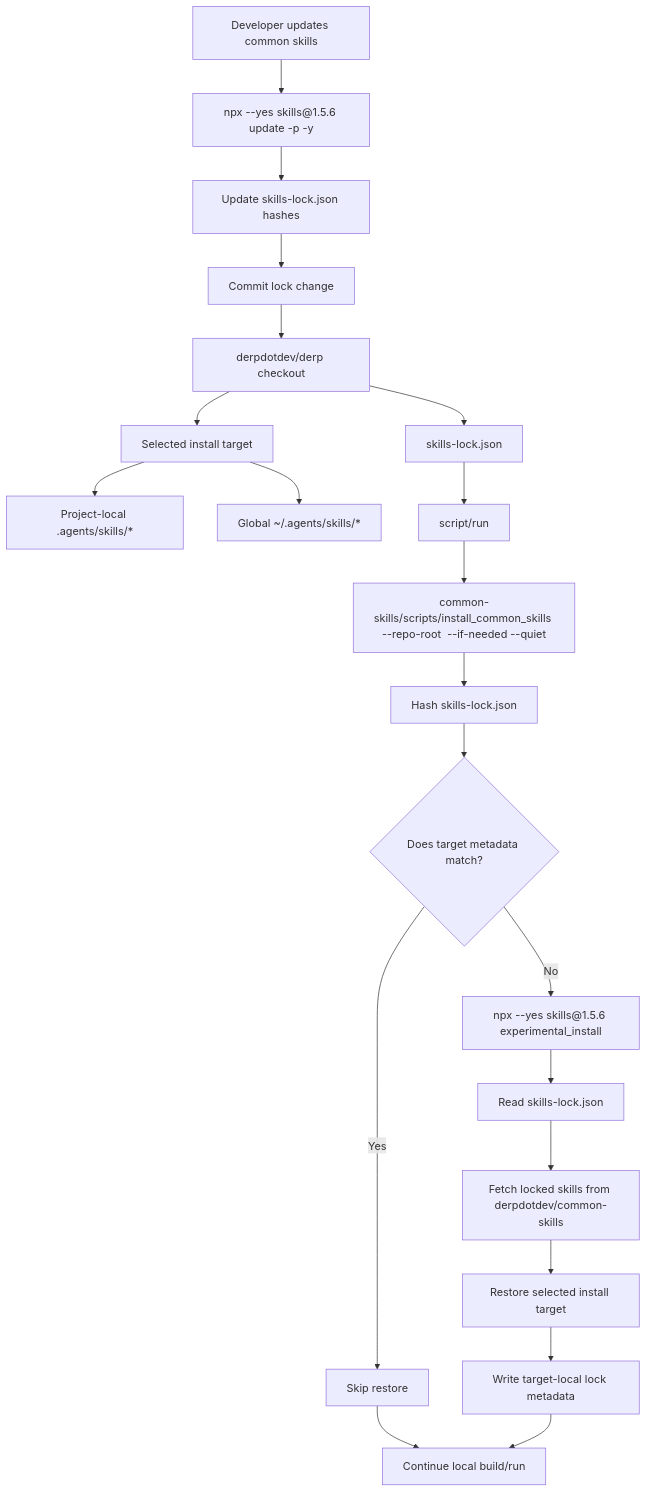
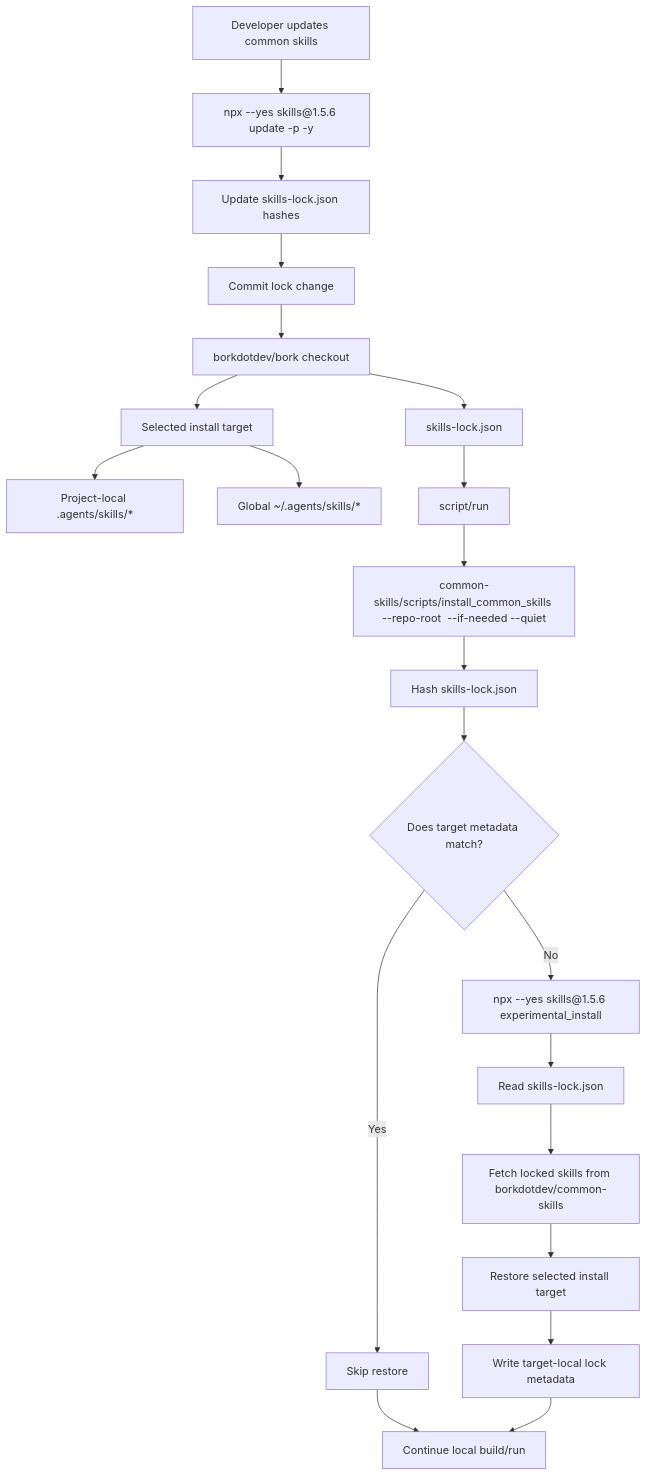
Before and after one commit to antikrust/krust-terminal: the first of 2 diagrams in specs/common-skills-installation/TECH.md, drawn with Mermaid. The commit also changed other lines of this file and 4477 other files, not shown here.

First line of the commit message:
Rebrand Derp -> Bork

````diff
--- a/specs/common-skills-installation/TECH.md
+++ b/specs/common-skills-installation/TECH.md
@@ -14,27 +14,27 @@
 ```mermaid
 flowchart TD
-  A["derpdotdev/derp checkout"] --> B["skills-lock.json"]
+  A["borkdotdev/bork checkout"] --> B["skills-lock.json"]
   A --> C["Selected install target"]
   C --> C1["Project-local .agents/skills/*"]
   C --> C2["Global ~/.agents/skills/*"]
 
   B --> D["script/run"]
-  D --> E["common-skills/scripts/install_common_skills --repo-root <derp-checkout> --if-needed --quiet"]
+  D --> E["common-skills/scripts/install_common_skills --repo-root <bork-checkout> --if-needed --quiet"]
   E --> F["Hash skills-lock.json"]
   F --> G{"Does target metadata match?"}
 
   G -->|Yes| H["Skip restore"]
   H --> I["Continue local build/run"]
 
   G -->|No| J["npx --yes skills@1.5.6 experimental_install"]
   J --> K["Read skills-lock.json"]
-  K --> L["Fetch locked skills from derpdotdev/common-skills"]
+  K --> L["Fetch locked skills from borkdotdev/common-skills"]
   L --> M["Restore selected install target"]
   M --> N["Write target-local lock metadata"]
   N --> I
 
   O["Developer updates common skills"] --> P["npx --yes skills@1.5.6 update -p -y"]
   P --> Q["Update skills-lock.json hashes"]
   Q --> S["Commit lock change"]
   S --> A
 ```
````
